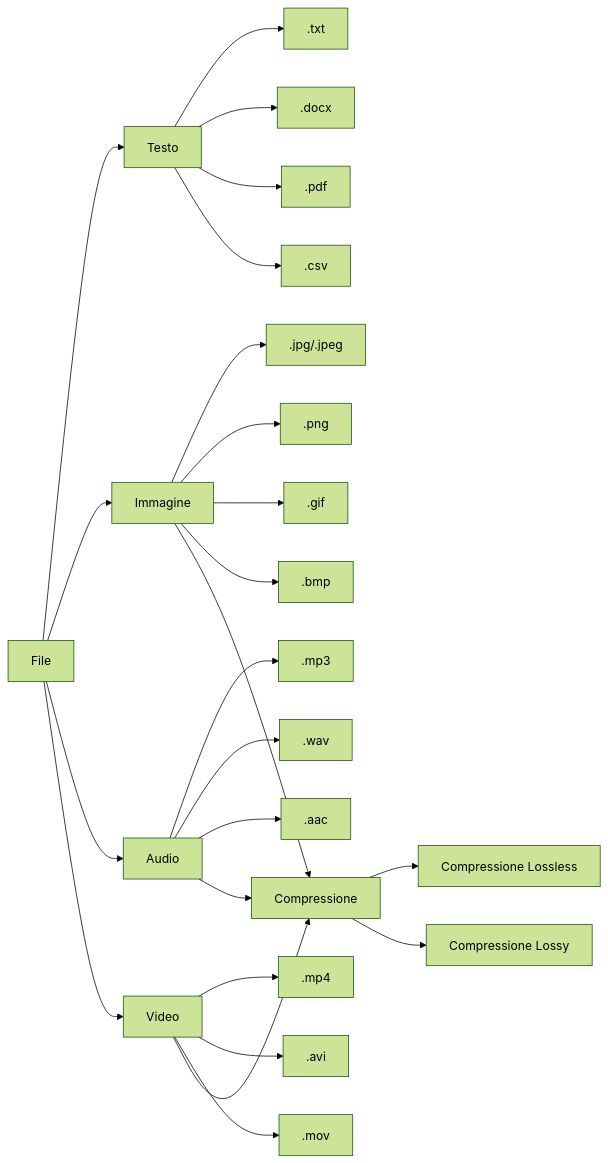
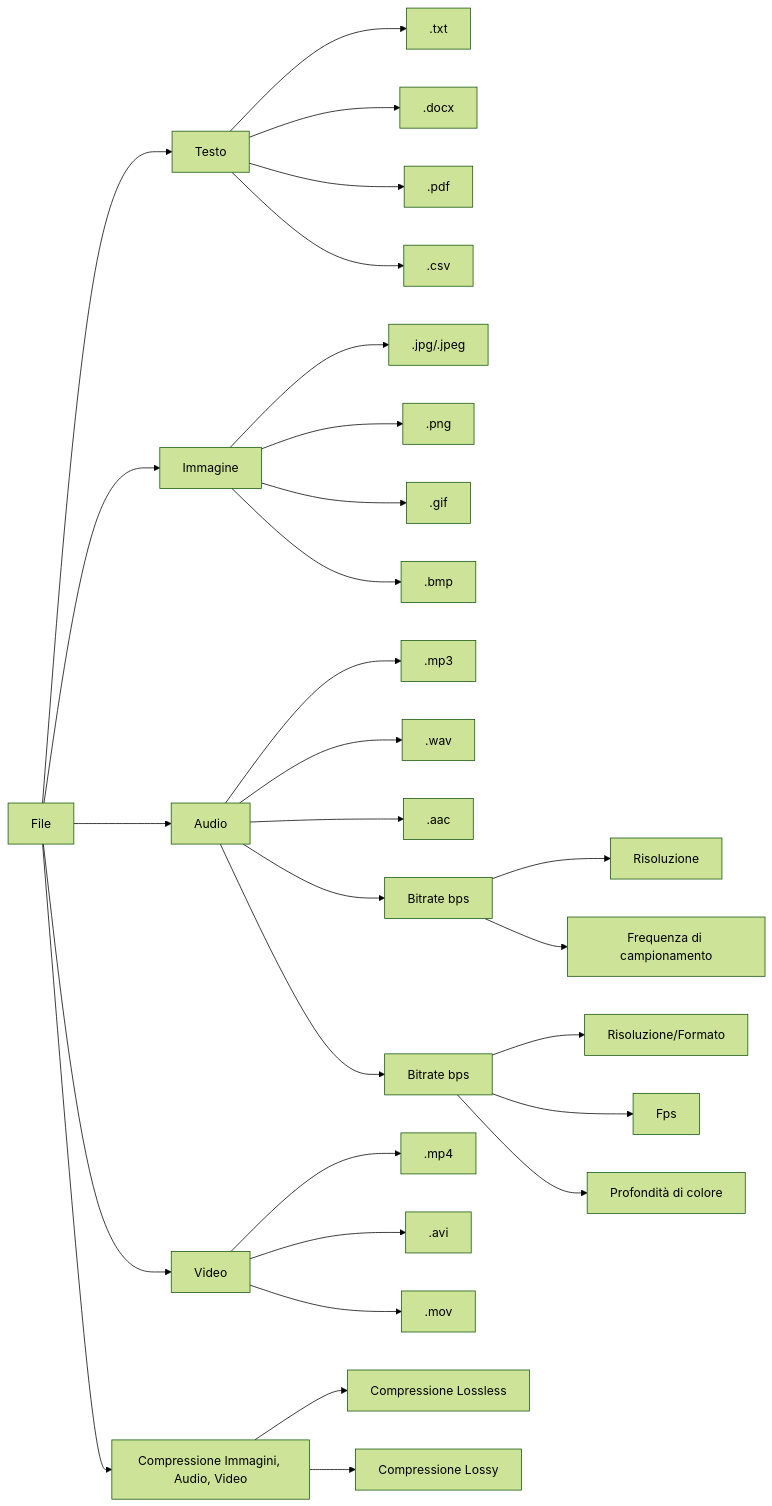
The diagram in docs/infoCoding/05_file.md (Federob/infohandouts), drawn with Mermaid (forest theme) before and after one commit. The commit also changed other lines of this file and 2 other files, not shown here.

Commit message:
bitrate update in file

````diff
--- a/docs/infoCoding/05_file.md
+++ b/docs/infoCoding/05_file.md
@@ -62,31 +81,36 @@
 ```mermaid
 graph LR
     A[File] --> B[Testo]
     A --> C[Immagine]
     A --> D[Audio]
     A --> E[Video]
 
     B --> B1[.txt]
     B --> B2[.docx]
     B --> B3[.pdf]
     B --> B4[.csv]
 
     C --> C1[.jpg/.jpeg]
     C --> C2[.png]
     C --> C3[.gif]
     C --> C4[.bmp]
 
     D --> D1[.mp3]
     D --> D2[.wav]
     D --> D3[.aac]
+    D --> BTA[Bitrate bps]
+    BTA --> BTA1[Risoluzione]
+    BTA --> BTA2[Frequenza di campionamento]
 
     E --> E1[.mp4]
     E --> E2[.avi]
     E --> E3[.mov]
+    D --> BTV[Bitrate bps]
+    BTV --> BTV1[Risoluzione/Formato]
+    BTV --> BTV2[Fps]
+    BTV --> BTV3[Profondità di colore]
 
-    C --> I[Compressione]
-    D --> I
-    E --> I
+    A --> I[Compressione Immagini, Audio, Video]
     I --> J[Compressione Lossless]
     I --> K[Compressione Lossy]
 ```
````
